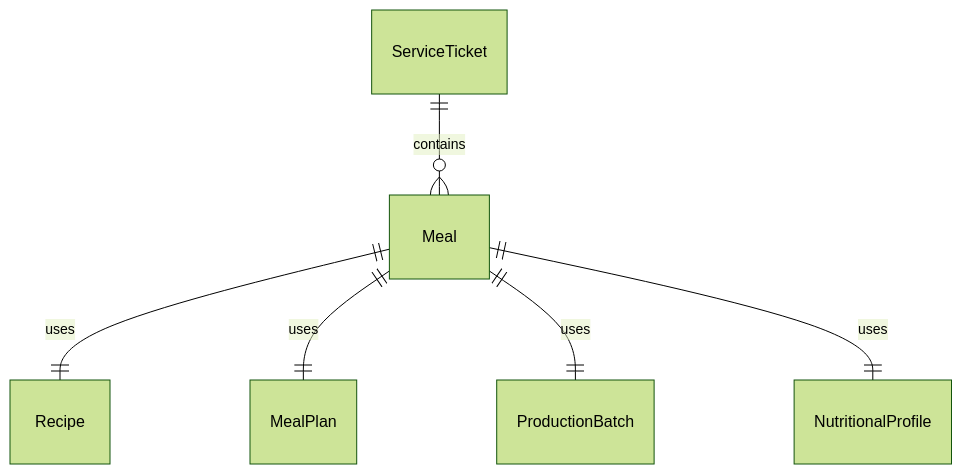
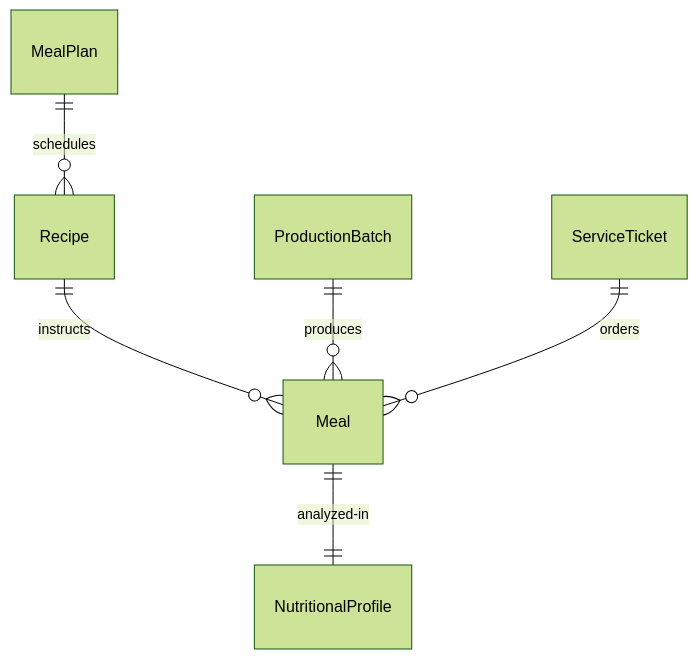
One commit to dot-org-ai/tasks.org.ai changed the first of 4 diagrams in HandlingAndMovingObjects/PrepareFoodsOrBeverages/PrepareFoodsMeals.mdx. Above: the diagram before and after it, drawn with Mermaid (forest theme). The commit also changed 515 other files, not shown here.

````diff
--- a/HandlingAndMovingObjects/PrepareFoodsOrBeverages/PrepareFoodsMeals.mdx
+++ b/HandlingAndMovingObjects/PrepareFoodsOrBeverages/PrepareFoodsMeals.mdx
@@ -87,8 +87,8 @@
 ```mermaid
 erDiagram
-    Meal ||--|| Recipe : "uses"
-    Meal ||--|| MealPlan : "uses"
-    Meal ||--|| ProductionBatch : "uses"
-    Meal ||--|| NutritionalProfile : "uses"
-    ServiceTicket ||--o{ Meal : "contains"
+    Recipe ||--o{ Meal : "instructs"
+    MealPlan ||--o{ Recipe : "schedules"
+    ProductionBatch ||--o{ Meal : "produces"
+    Meal ||--|| NutritionalProfile : "analyzed-in"
+    ServiceTicket ||--o{ Meal : "orders"
 ```
````
